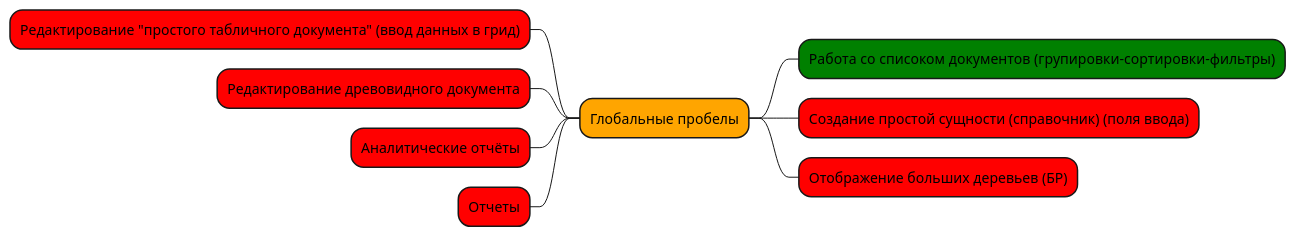
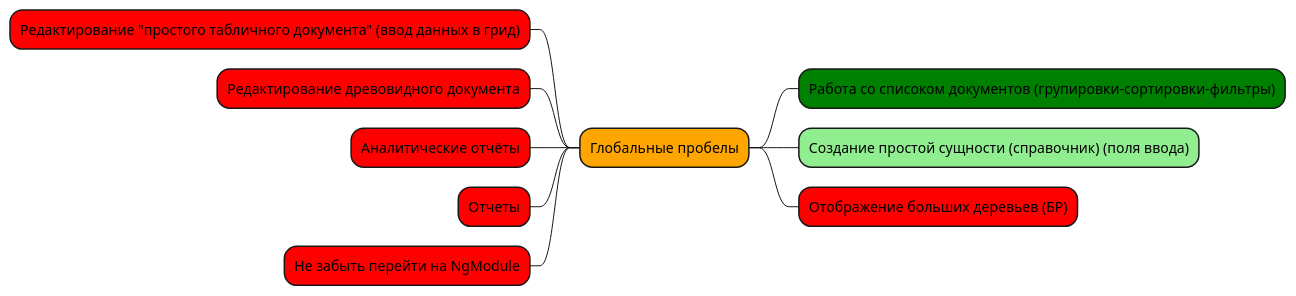
The diagram in RadAn2/an-rad/Pre.puml (zavpav/RadDraft), drawn with PlantUML before and after one commit. The commit also changed 18 other files, not shown here.

```diff
--- a/RadAn2/an-rad/Pre.puml
+++ b/RadAn2/an-rad/Pre.puml
@@ -1,26 +1,28 @@
 @startmindmap
 <style>
 mindmapDiagram {
     node {
         BackgroundColor white
     }
     :depth(1) {
       BackGroundColor #ffbbcc
     }
 }
 </style>
 
 *[#Orange] Глобальные пробелы
 **[#Green] Работа со списоком документов (групировки-сортировки-фильтры)
-**[#Red]   Создание простой сущности (справочник) (поля ввода)
+**[#LightGreen] Создание простой сущности (справочник) (поля ввода)
 **[#Red]   Отображение больших деревьев (БР)
 
 left side
 
 **[#Red]   Редактирование "простого табличного документа" (ввод данных в грид)
 **[#Red]   Редактирование древовидного документа
 **[#Red]   Аналитические отчёты
 
 **[#Red]   Отчеты
 
+**[#Red]   Не забыть перейти на NgModule
+
 @endmindmap
```
